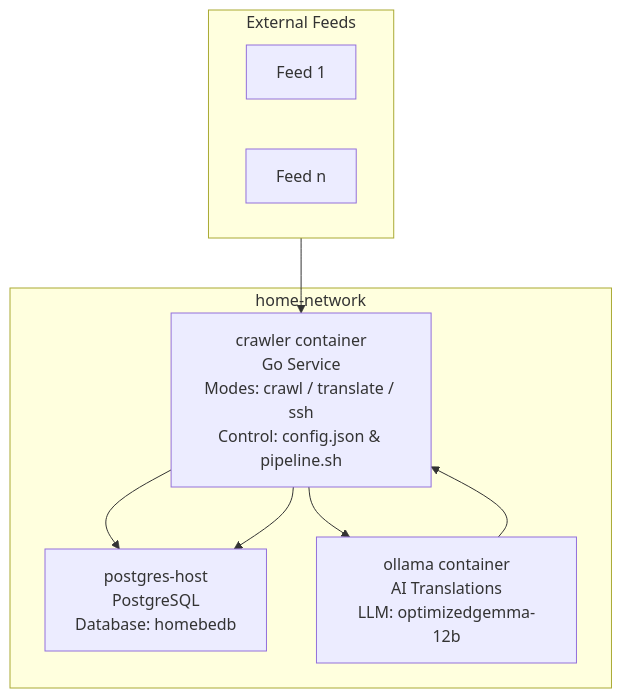
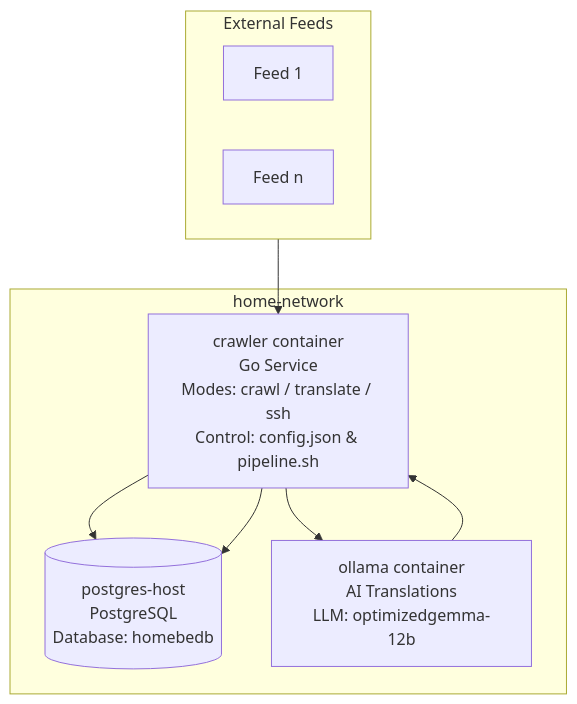
Before and after one commit to janevala/documentation: the second of 2 diagrams in README.md, drawn with Mermaid. The commit also changed other lines of this file, not shown here.

Commit message:
mermaid db + some edits

````diff
--- a/README.md
+++ b/README.md
@@ -606,20 +604,20 @@
 ```mermaid
 graph TB
     subgraph Docker_Network["home-network"]
         Crawler["crawler container\nGo Service\nModes: crawl / translate / ssh\nControl: config.json & pipeline.sh"]
-        Postgres["postgres-host\nPostgreSQL\nDatabase: homebedb"]
+        Postgres[(postgres-host\nPostgreSQL\nDatabase: homebedb)]
         Ollama["ollama container\nAI Translations\nLLM: optimizedgemma-12b"]
     end
         
     subgraph RSS_Sources["External Feeds"]
         Feed1["Feed 1"]
         FeedN["Feed n"]
     end
 
     
     RSS_Sources --> Crawler
     Crawler --> Postgres
     Crawler --> Ollama
     Ollama --> Crawler
     Crawler --> Postgres
 ```
````
